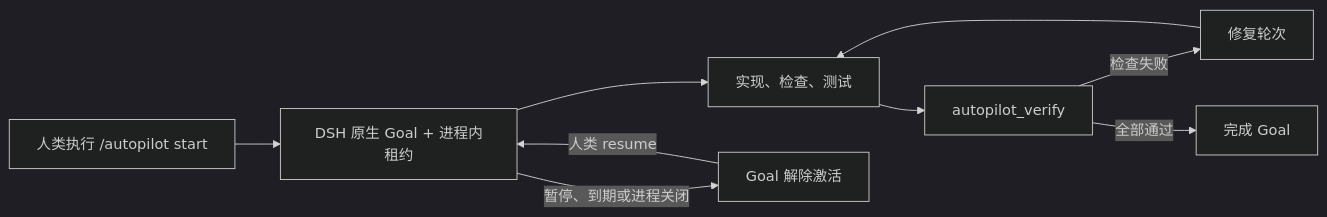
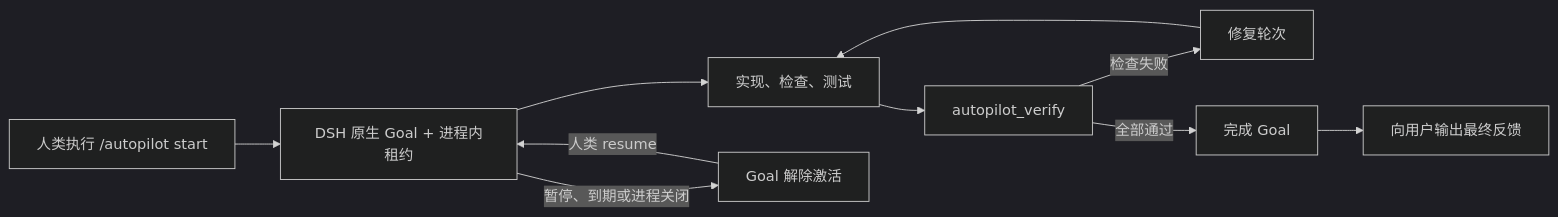
The diagram in README.zh-CN.md (LiuMengxuan04/dsh-autopilot), drawn with Mermaid (dark theme) before and after one commit. The commit also changed other lines of this file and 12 other files, not shown here.

````diff
--- a/README.zh-CN.md
+++ b/README.zh-CN.md
@@ -62,11 +63,12 @@
 ```mermaid
 flowchart LR
     A["人类执行 /autopilot start"] --> B["DSH 原生 Goal + 进程内租约"]
     B --> C["实现、检查、测试"]
     C --> D["autopilot_verify"]
     D -->|"检查失败"| E["修复轮次"]
     E --> C
     D -->|"全部通过"| F["完成 Goal"]
+    F --> H["向用户输出最终反馈"]
     B -->|"暂停、到期或进程关闭"| G["Goal 解除激活"]
     G -->|"人类 resume"| B
 ```
````
